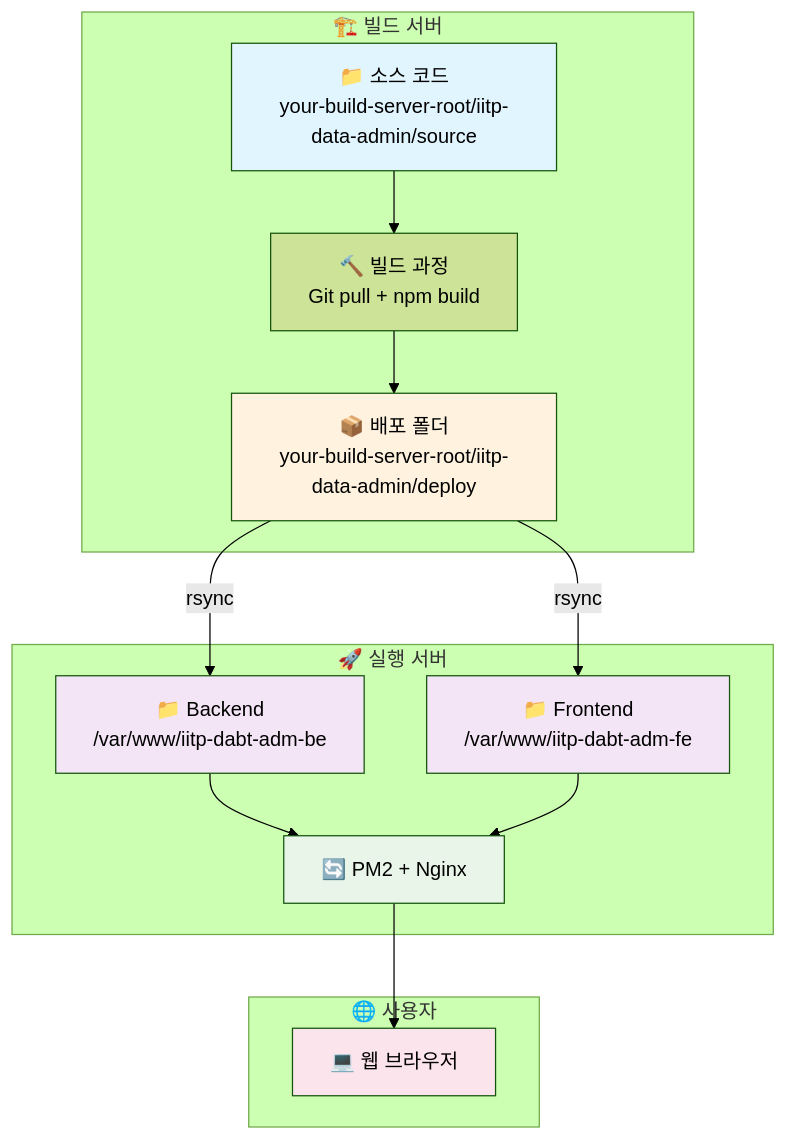
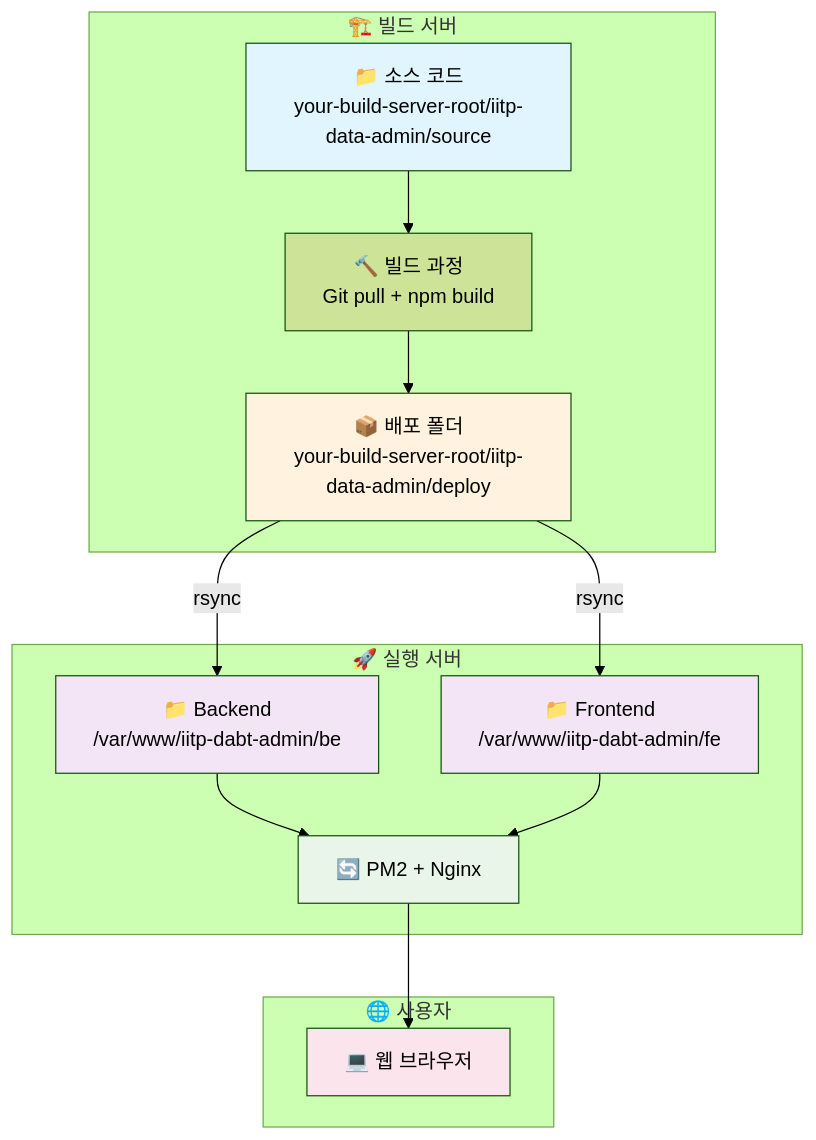
Before and after one commit to sweetk-dev/05-IITP-DABT-Admin: the fourth of 7 diagrams in script/README-SERVER-DEPLOYMENT.md, drawn with Mermaid (forest theme). The commit also changed other lines of this file and 25 other files, not shown here.

````diff
--- a/script/README-SERVER-DEPLOYMENT.md
+++ b/script/README-SERVER-DEPLOYMENT.md
@@ -64,33 +64,33 @@
 ```mermaid
 graph TB
     subgraph "🏗️ 빌드 서버"
         A[📁 소스 코드<br/>your-build-server-root/iitp-data-admin/source]
         B[🔨 빌드 과정<br/>Git pull + npm build]
         C[📦 배포 폴더<br/>your-build-server-root/iitp-data-admin/deploy]
     end
     
     subgraph "🚀 실행 서버"
-        D[📁 Backend<br/>/var/www/iitp-dabt-adm-be]
-        E[📁 Frontend<br/>/var/www/iitp-dabt-adm-fe]
+        D[📁 Backend<br/>/var/www/iitp-dabt-admin/be]
+        E[📁 Frontend<br/>/var/www/iitp-dabt-admin/fe]
         F[🔄 PM2 + Nginx]
     end
     
     subgraph "🌐 사용자"
         G[💻 웹 브라우저]
     end
     
     A --> B
     B --> C
     C -->|rsync| D
     C -->|rsync| E
     D --> F
     E --> F
     F --> G
     
     style A fill:#e1f5fe
     style C fill:#fff3e0
     style D fill:#f3e5f5
     style E fill:#f3e5f5
     style F fill:#e8f5e8
     style G fill:#fce4ec
 ```
````
